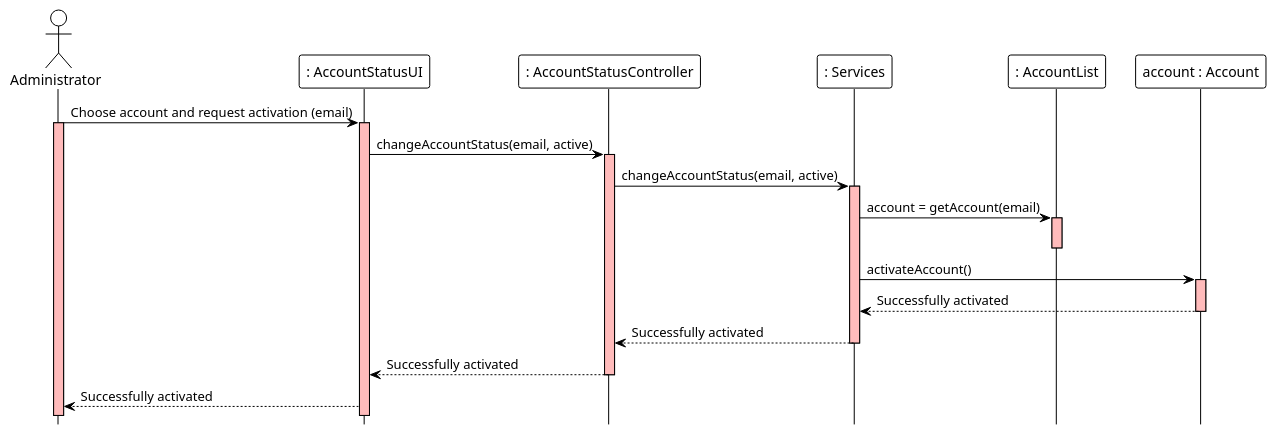
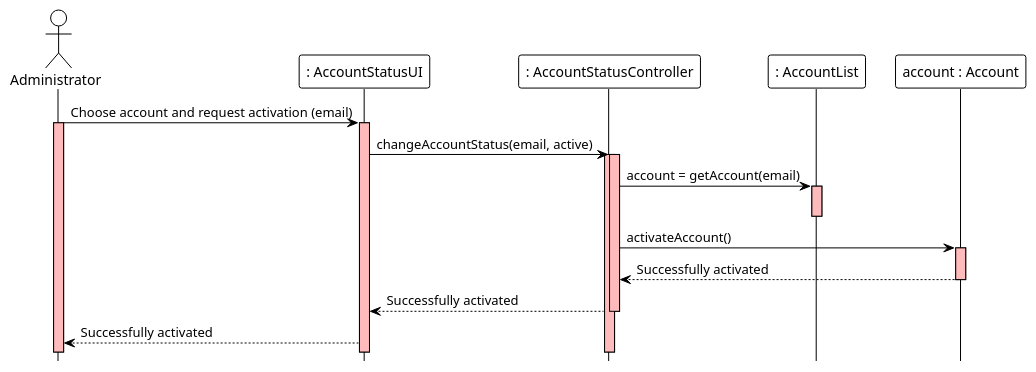
One commit to ivo-menezes/project_g3 changed the diagram in docs/modelling_design/user_stories/us006/US006_ActivateUserAccountSD.puml. Above: the diagram before and after it, drawn with PlantUML. The commit also changed 3 other files, not shown here.

```diff
--- a/docs/modelling_design/user_stories/us006/US006_ActivateUserAccountSD.puml
+++ b/docs/modelling_design/user_stories/us006/US006_ActivateUserAccountSD.puml
@@ -1,31 +1,26 @@
 @startuml
 !theme plain
 hide footbox
 actor Administrator  as Administrator #white
 participant ": AccountStatusUI" as UI #white
 participant ": AccountStatusController" as Controller #white
-participant ": Services" as Services #white
 participant ": AccountList" as AccountList #white
 participant "account : Account" as Account #white
 
-'Administrator ->  Controller : 1.Choose account and request activation
 Administrator ->  UI : Choose account and request activation (email)
 activate UI #FFBBBB
 activate Administrator #FFBBBB
 UI -> Controller: changeAccountStatus(email, active)
 activate Controller #FFBBBB
-Controller -> Services : changeAccountStatus(email, active)
-activate Services #FFBBBB
-Services -> AccountList: account = getAccount(email)
+activate Controller #FFBBBB
+Controller -> AccountList: account = getAccount(email)
 activate AccountList #FFBBBB
 deactivate AccountList
-Services -> Account: activateAccount()
+Controller -> Account: activateAccount()
 activate Account #FFBBBB
-Account --> Services : Successfully activated
+Account --> Controller : Successfully activated
 deactivate Account
-Services --> Controller : Successfully activated
-deactivate Services
 Controller --> UI : Successfully activated
 deactivate Controller
 UI --> Administrator: Successfully activated
-@enduml
+@endumml
```
